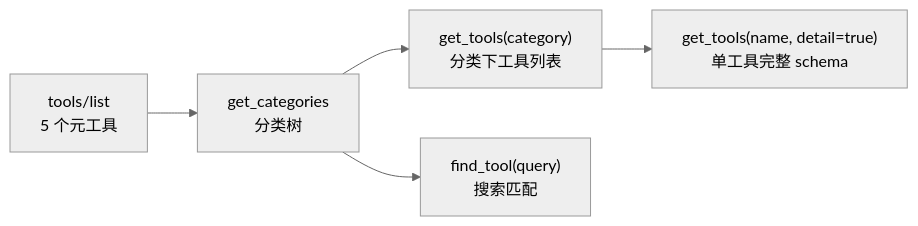
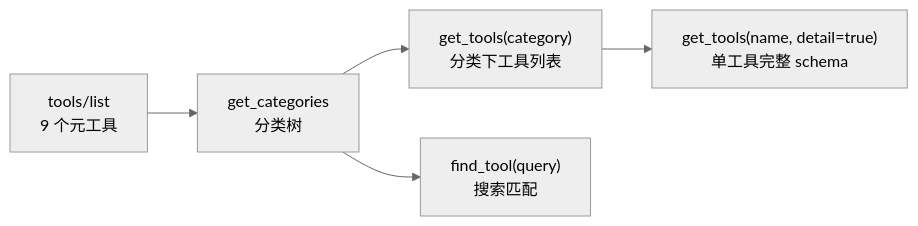
One commit to jesspig/GodotMCP-GDExtension changed the first of 2 diagrams in .repo_wiki/modules/meta-tools.md. Above: the diagram before and after it, drawn with Mermaid (neutral theme). The commit also changed other lines of this file and 27 other files, not shown here.

````diff
--- a/.repo_wiki/modules/meta-tools.md
+++ b/.repo_wiki/modules/meta-tools.md
@@ -19,7 +47,7 @@
 ```mermaid
 flowchart LR
-    A["tools/list<br/>5 个元工具"] --> B["get_categories<br/>分类树"]
+    A["tools/list<br/>9 个元工具"] --> B["get_categories<br/>分类树"]
     B --> C["get_tools(category)<br/>分类下工具列表"]
     C --> D["get_tools(name, detail=true)<br/>单工具完整 schema"]
     B --> E["find_tool(query)<br/>搜索匹配"]
 ```
````
